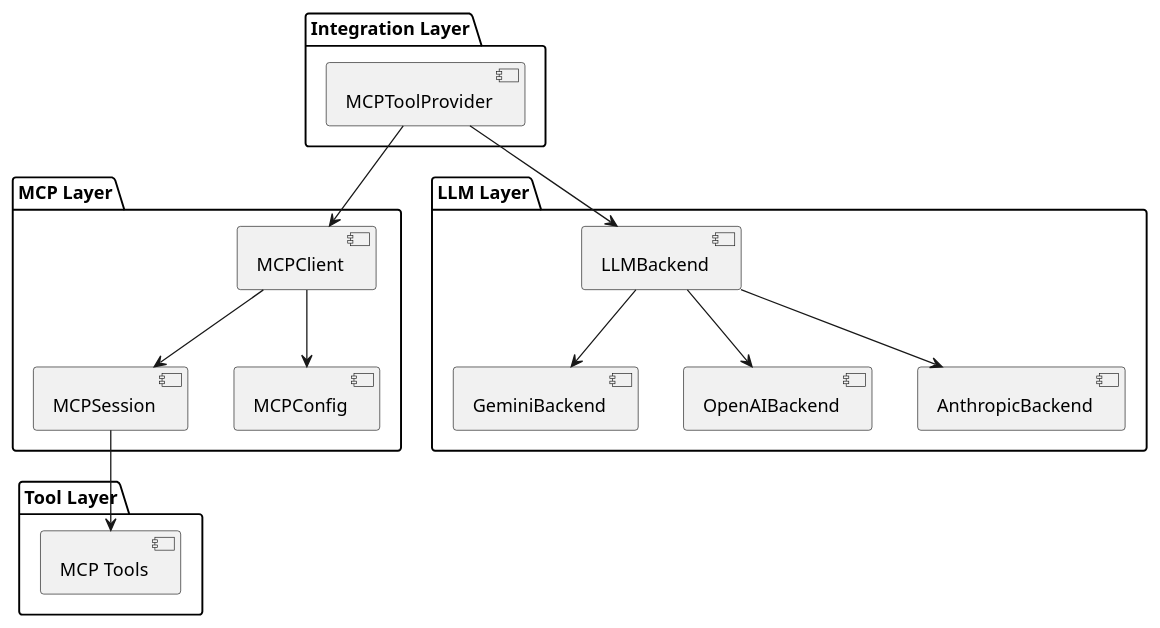
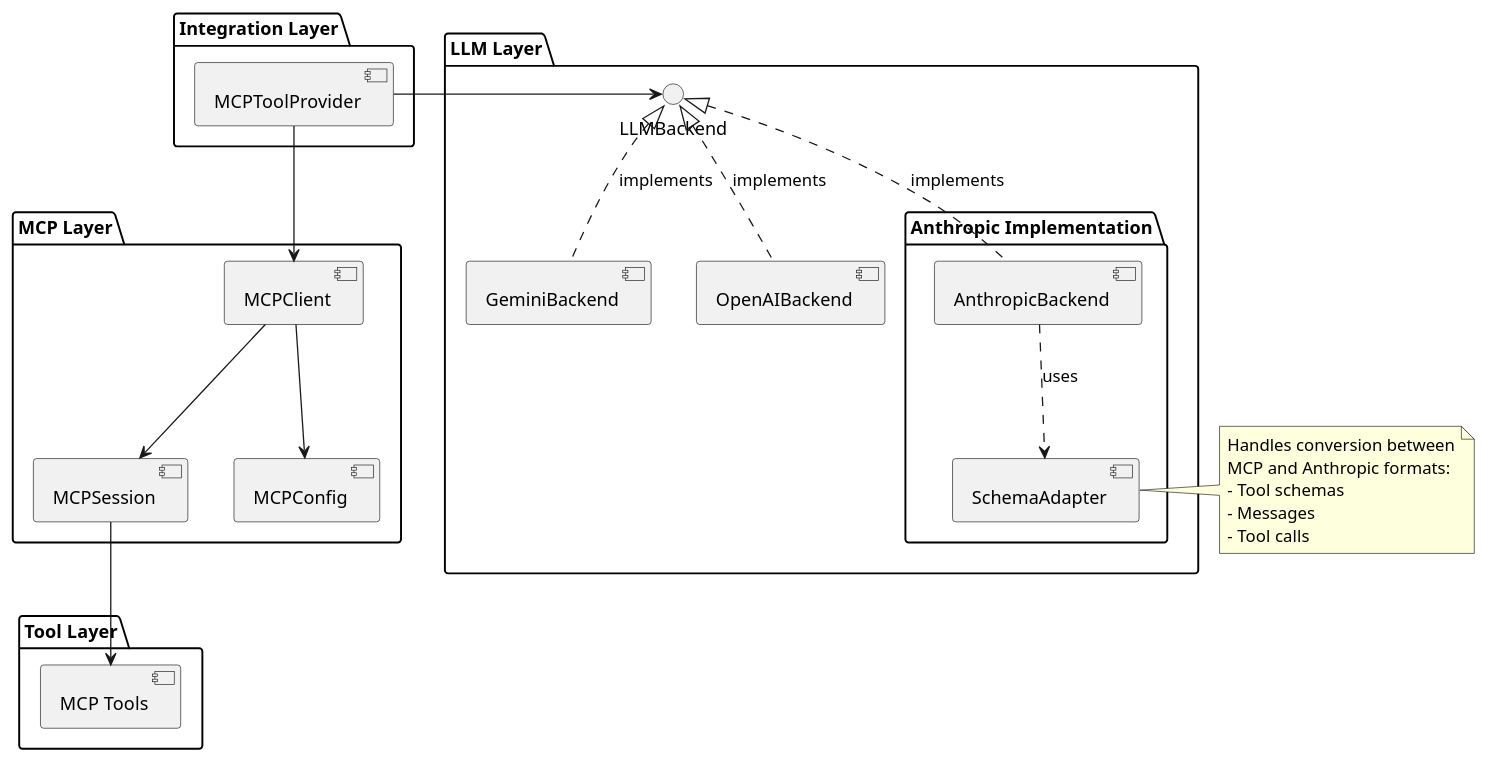
The diagram in docs/core-components.puml (beanone/agentical), drawn with PlantUML before and after one commit. The commit also changed 2 other files, not shown here.

```diff
--- a/docs/core-components.puml
+++ b/docs/core-components.puml
@@ -1,30 +1,44 @@
 @startuml
 package "MCP Layer" {
     [MCPClient] as MCP
     [MCPSession] as Session
     [MCPConfig] as Config
     MCP --> Session
     MCP --> Config
 }
 
 package "LLM Layer" {
-    [LLMBackend]
+    interface "LLMBackend" as LLMBackend
     [GeminiBackend] as Gemini
     [OpenAIBackend] as OpenAI
-    [AnthropicBackend] as Anthropic
-    LLMBackend --> Gemini
-    LLMBackend --> OpenAI
-    LLMBackend --> Anthropic
+    
+    package "Anthropic Implementation" {
+        [AnthropicBackend] as Anthropic
+        [SchemaAdapter] as Adapter
+        Anthropic ..> Adapter : uses
+    }
+    
+    Gemini .up.|> LLMBackend : implements
+    OpenAI .up.|> LLMBackend : implements
+    Anthropic .up.|> LLMBackend : implements
 }
 
 package "Integration Layer" {
     [MCPToolProvider] as Provider
     Provider --> MCP
-    Provider --> LLMBackend
+    Provider -right-> LLMBackend
 }
 
 package "Tool Layer" {
     [MCP Tools] as Tools
     Session --> Tools
 }
+
+note right of Adapter
+  Handles conversion between
+  MCP and Anthropic formats:
+  - Tool schemas
+  - Messages
+  - Tool calls
+end note
 @enduml 
```
